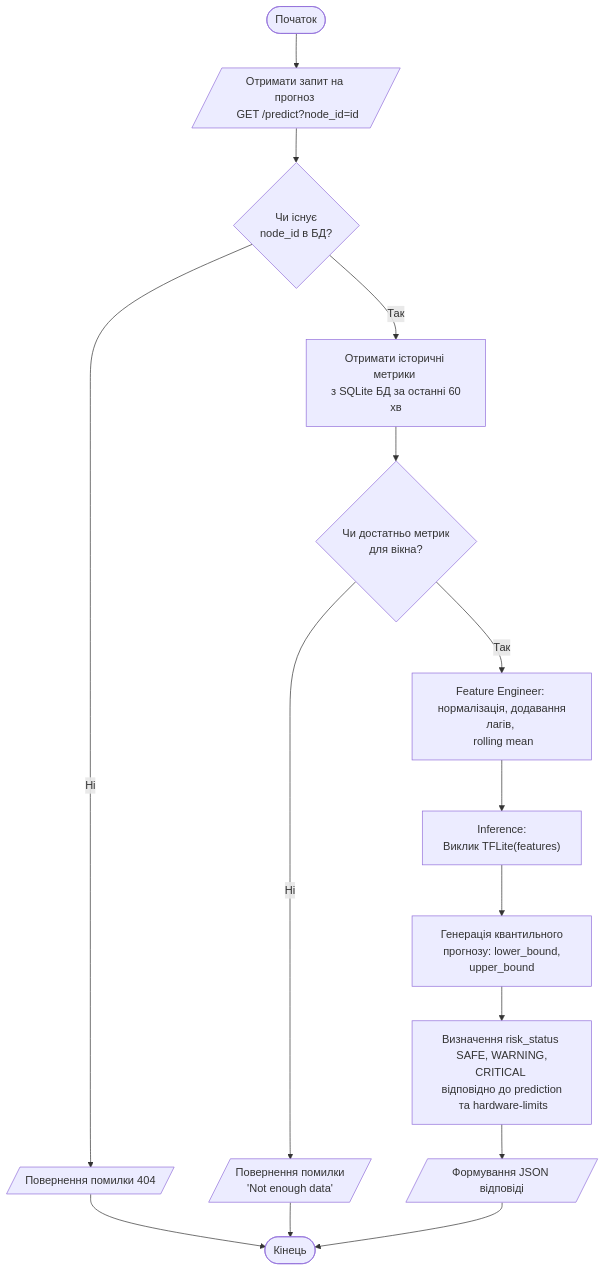
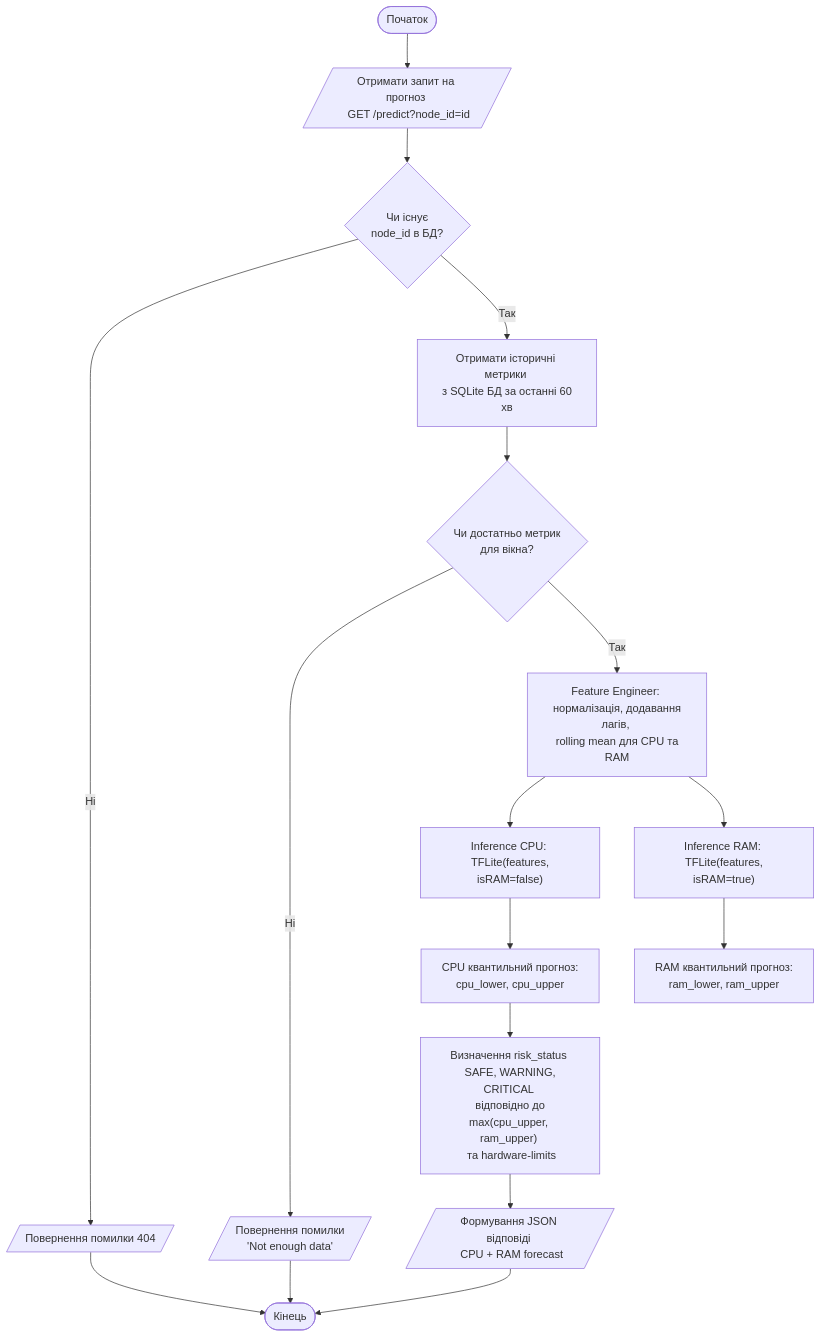
Before and after one commit to andrii-reshko/3c-informational-technical-support-lab: the diagram in docs/tech/03_algorithms.md, drawn with Mermaid. The commit also changed other lines of this file and 10 other files, not shown here.

````diff
--- a/docs/tech/03_algorithms.md
+++ b/docs/tech/03_algorithms.md
@@ -5,24 +5,27 @@
 ```mermaid
 flowchart TD
     %% Start
     Start([Початок]) --> A[/"Отримати запит на прогноз \n GET /predict?node_id=id"/]
 
     %% Process
     A --> B{"Чи існує \n node_id в БД?"}
     B -- Ні --> Error1[/"Повернення помилки 404"/]
     B -- Так --> C["Отримати історичні метрики \n з SQLite БД за останні 60 хв"]
 
     C --> D{"Чи достатньо метрик \n для вікна?"}
     D -- Ні --> Error2[/"Повернення помилки \n 'Not enough data'"/]
-    D -- Так --> E["Feature Engineer: \n нормалізація, додавання лагів, \n rolling mean"]
+    D -- Так --> E["Feature Engineer: \n нормалізація, додавання лагів, \n rolling mean для CPU та RAM"]
 
-    E --> F["Inference: \n Виклик TFLite(features)"]
-    F --> G["Генерація квантильного\n прогнозу: lower_bound, upper_bound"]
+    E --> F1["Inference CPU: \n TFLite(features, isRAM=false)"]
+    E --> F2["Inference RAM: \n TFLite(features, isRAM=true)"]
+
+    F1 --> G1["CPU квантильний прогноз: \n cpu_lower, cpu_upper"]
+    F2 --> G2["RAM квантильний прогноз: \n ram_lower, ram_upper"]
     
-    G --> H["Визначення risk_status \n SAFE, WARNING, CRITICAL \n відповідно до prediction \n та hardware-limits"]
+    G1 --> H["Визначення risk_status \n SAFE, WARNING, CRITICAL \n відповідно до max(cpu_upper, ram_upper) \n та hardware-limits"]
 
-    H --> I[/"Формування JSON відповіді"/]
+    H --> I[/"Формування JSON відповіді \n CPU + RAM forecast"/]
     Error1 --> J([Кінець])
     Error2 --> J
     I --> J
 ```
````
